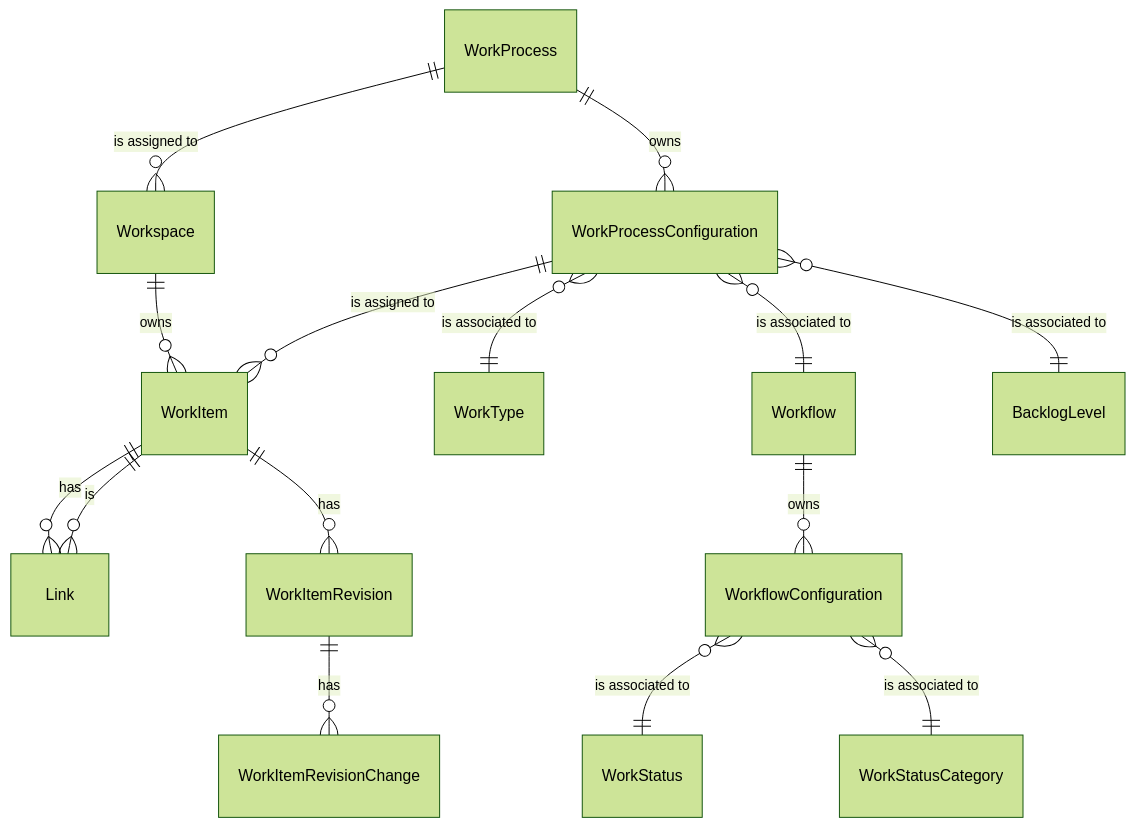
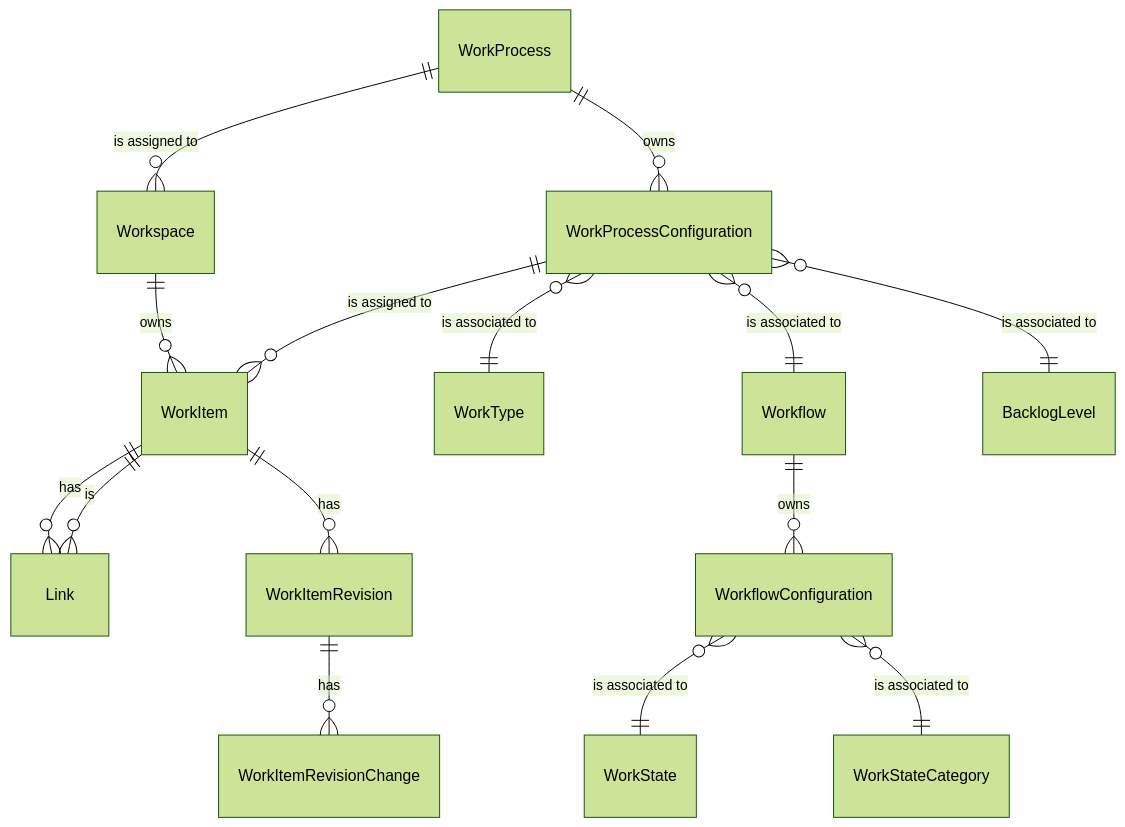
Before and after one commit to destacey/Moda: the diagram in docs/Work.md, drawn with Mermaid (forest theme). The commit also changed other lines of this file and 4 other files, not shown here.

````diff
--- a/docs/Work.md
+++ b/docs/Work.md
@@ -88,21 +89,21 @@
 ```mermaid
 erDiagram
     Workspace ||--o{ WorkItem : owns
     WorkItem ||--o{ Link : "has"
     WorkItem ||--o{ WorkItemRevision : "has"
     WorkItemRevision ||--o{ WorkItemRevisionChange : "has"
     Link }o--|| WorkItem : "is"
 
     WorkProcess ||--o{ Workspace : "is assigned to"
     WorkProcess ||--o{ WorkProcessConfiguration : owns
 
     WorkProcessConfiguration }o--|| WorkType : "is associated to"
     WorkProcessConfiguration }o--|| Workflow : "is associated to"
     WorkProcessConfiguration }o--|| BacklogLevel : "is associated to"
 
     WorkProcessConfiguration ||--o{ WorkItem : "is assigned to"
 
     Workflow ||--o{ WorkflowConfiguration : owns
-    WorkflowConfiguration }o--|| WorkStatus : "is associated to"
-    WorkflowConfiguration }o--|| WorkStatusCategory : "is associated to"
+    WorkflowConfiguration }o--|| WorkState : "is associated to"
+    WorkflowConfiguration }o--|| WorkStateCategory : "is associated to"
 ```
````
